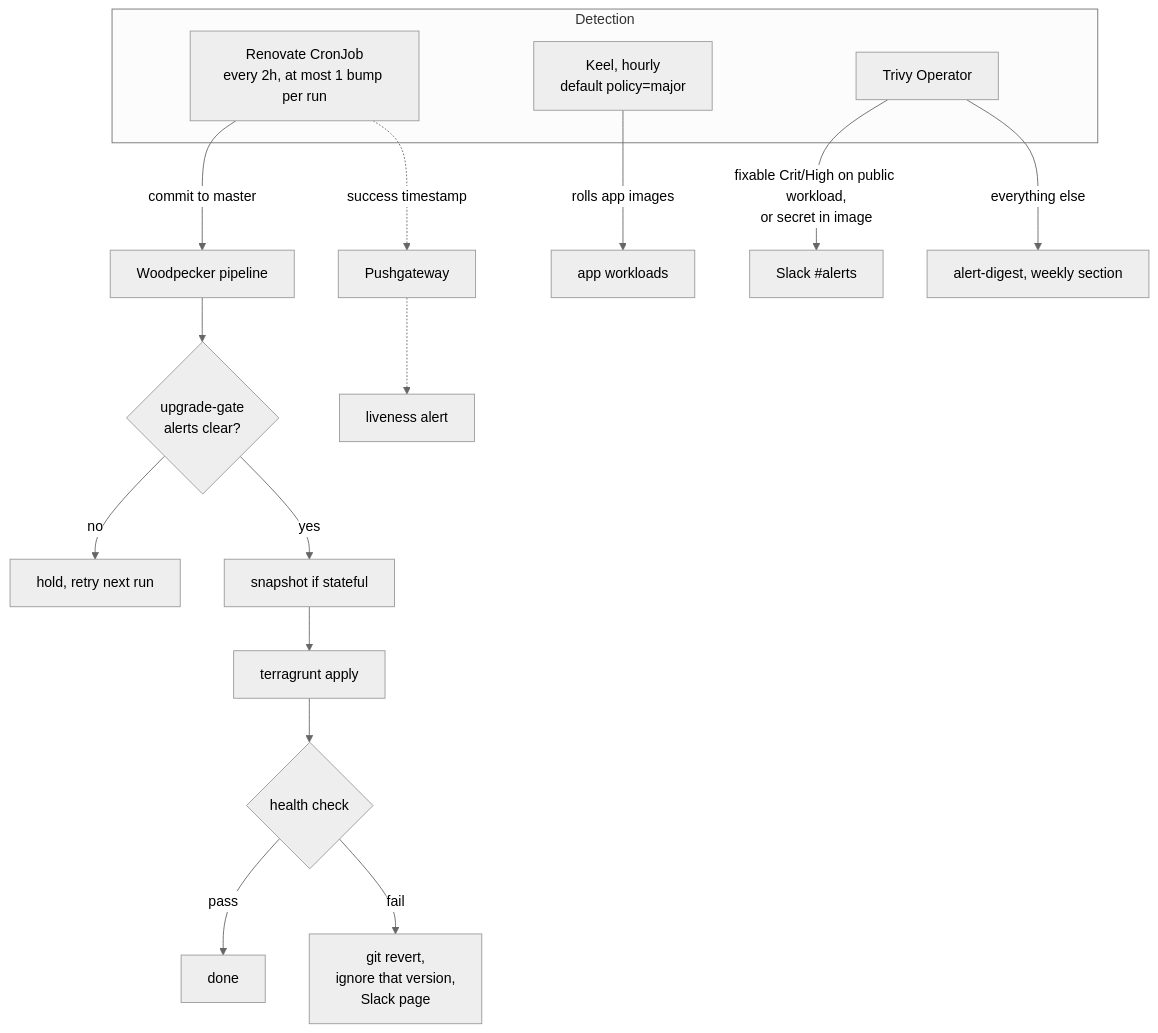
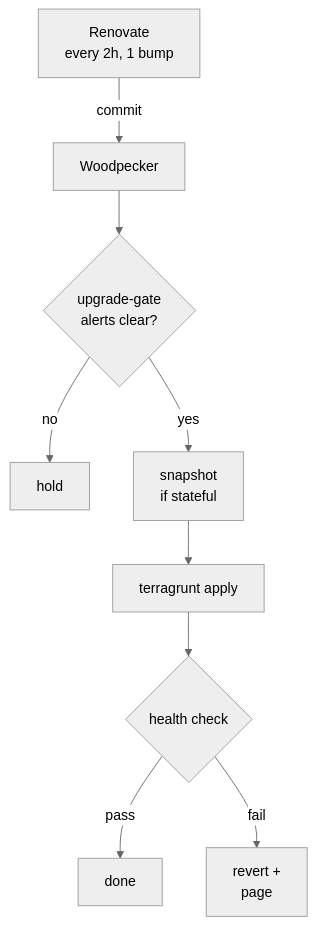
One commit to ViktorBarzin/infra changed the first of 2 diagrams in docs/plans/2026-10-09-software-currency-design.md. Above: the diagram before and after it, drawn with Mermaid (neutral theme). The commit also changed other lines of this file, not shown here.

Commit message:
docs: software-currency design diagrams and table fit a phone screen
The single flowchart rendered 1390px wide on a 420px phone; split into the
Renovate rails flow and the Trivy routing flow, and shortened table headers.

````diff
--- a/docs/plans/2026-10-09-software-currency-design.md
+++ b/docs/plans/2026-10-09-software-currency-design.md
@@ -58,18 +60,11 @@
 ```mermaid
 flowchart TD
-  subgraph detect[Detection]
-    R[Renovate CronJob<br/>every 2h, at most 1 bump per run]
-    K[Keel, hourly<br/>default policy=major]
-    T[Trivy Operator]
-  end
-  R -->|commit to master| W[Woodpecker pipeline]
+  R[Renovate<br/>every 2h, 1 bump] -->|commit| W[Woodpecker]
   W --> G{upgrade-gate<br/>alerts clear?}
-  G -->|no| H[hold, retry next run]
-  G -->|yes| S[snapshot if stateful] --> A[terragrunt apply] --> V{health check}
+  G -->|no| H[hold]
+  G -->|yes| S[snapshot<br/>if stateful]
+  S --> A[terragrunt apply]
+  A --> V{health check}
   V -->|pass| OK[done]
-  V -->|fail| RV[git revert,<br/>ignore that version,<br/>Slack page]
-  K -->|rolls app images| Apps[app workloads]
-  T -->|fixable Crit/High on public workload,<br/>or secret in image| AL[Slack #alerts]
-  T -->|everything else| D[alert-digest, weekly section]
-  R -.->|success timestamp| PG[Pushgateway] -.-> LV[liveness alert]
+  V -->|fail| RV[revert +<br/>page]
 ```
````
